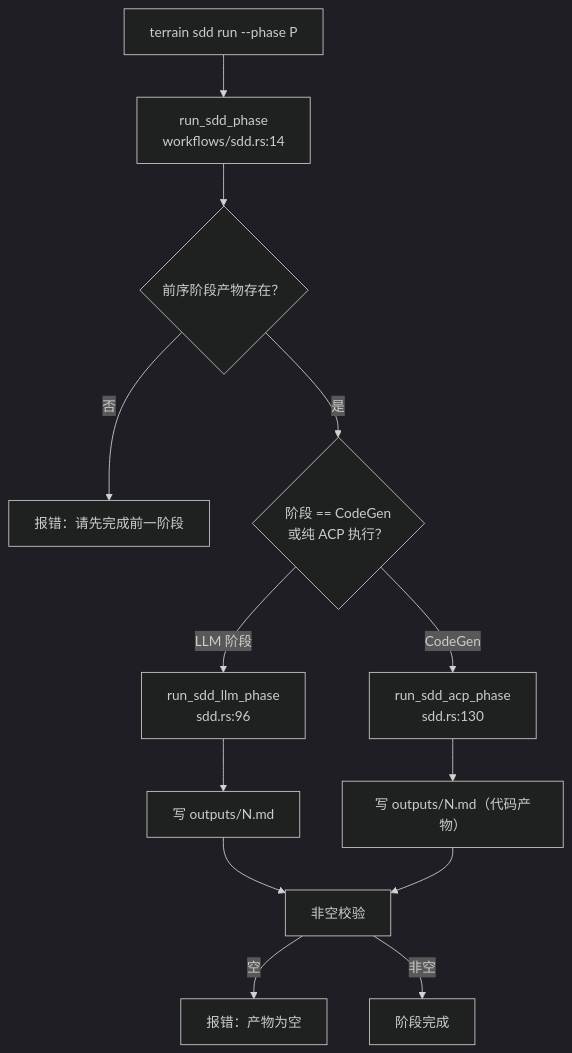
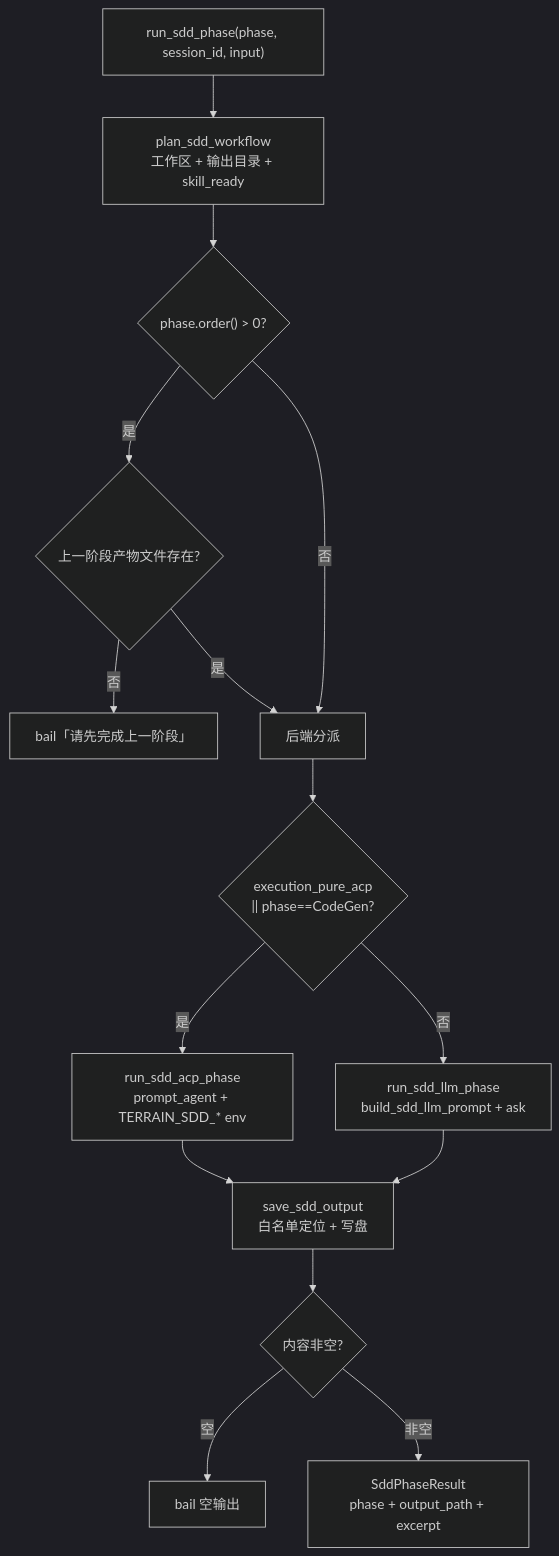
The diagram in .terrain/human/4.Deep-Exploration/sdd.md (sopaco/terrain), drawn with Mermaid (dark theme) before and after one commit. The commit also changed other lines of this file and 29 other files, not shown here.

````diff
--- a/.terrain/human/4.Deep-Exploration/sdd.md
+++ b/.terrain/human/4.Deep-Exploration/sdd.md
@@ -44,15 +53,17 @@
 ```mermaid
 flowchart TD
-    RUN["terrain sdd run --phase P"] --> WF["run_sdd_phase<br/>workflows/sdd.rs:14"]
-    WF --> GUARD{"前序阶段产物存在？"}
-    GUARD -->|"否"| ERR["报错：请先完成前一阶段"]
-    GUARD -->|"是"| ROUTE{"阶段 == CodeGen<br/>或纯 ACP 执行？"}
-    ROUTE -->|"LLM 阶段"| LLM["run_sdd_llm_phase<br/>sdd.rs:96"]
-    ROUTE -->|"CodeGen"| ACP["run_sdd_acp_phase<br/>sdd.rs:130"]
-    LLM --> OUT["写 outputs/N.md"]
-    ACP --> OUT2["写 outputs/N.md（代码产物）"]
-    OUT --> VAL["非空校验"]
-    OUT2 --> VAL
-    VAL -->|"空"| ERR2["报错：产物为空"]
-    VAL -->|"非空"| OK["阶段完成"]
+    A["run_sdd_phase(phase, session_id, input)"] --> B["plan_sdd_workflow<br/>工作区 + 输出目录 + skill_ready"]
+    B --> C{"phase.order() > 0?"}
+    C -- 是 --> D{"上一阶段产物文件存在?"}
+    D -- 否 --> E["bail「请先完成上一阶段」"]
+    D -- 是 --> F["后端分派"]
+    C -- 否 --> F
+    F --> G{"execution_pure_acp<br/>|| phase==CodeGen?"}
+    G -- 是 --> H["run_sdd_acp_phase<br/>prompt_agent + TERRAIN_SDD_* env"]
+    G -- 否 --> I["run_sdd_llm_phase<br/>build_sdd_llm_prompt + ask"]
+    H --> J["save_sdd_output<br/>白名单定位 + 写盘"]
+    I --> J
+    J --> K{"内容非空?"}
+    K -- 空 --> L["bail 空输出"]
+    K -- 非空 --> M["SddPhaseResult<br/>phase + output_path + excerpt"]
 ```
````
